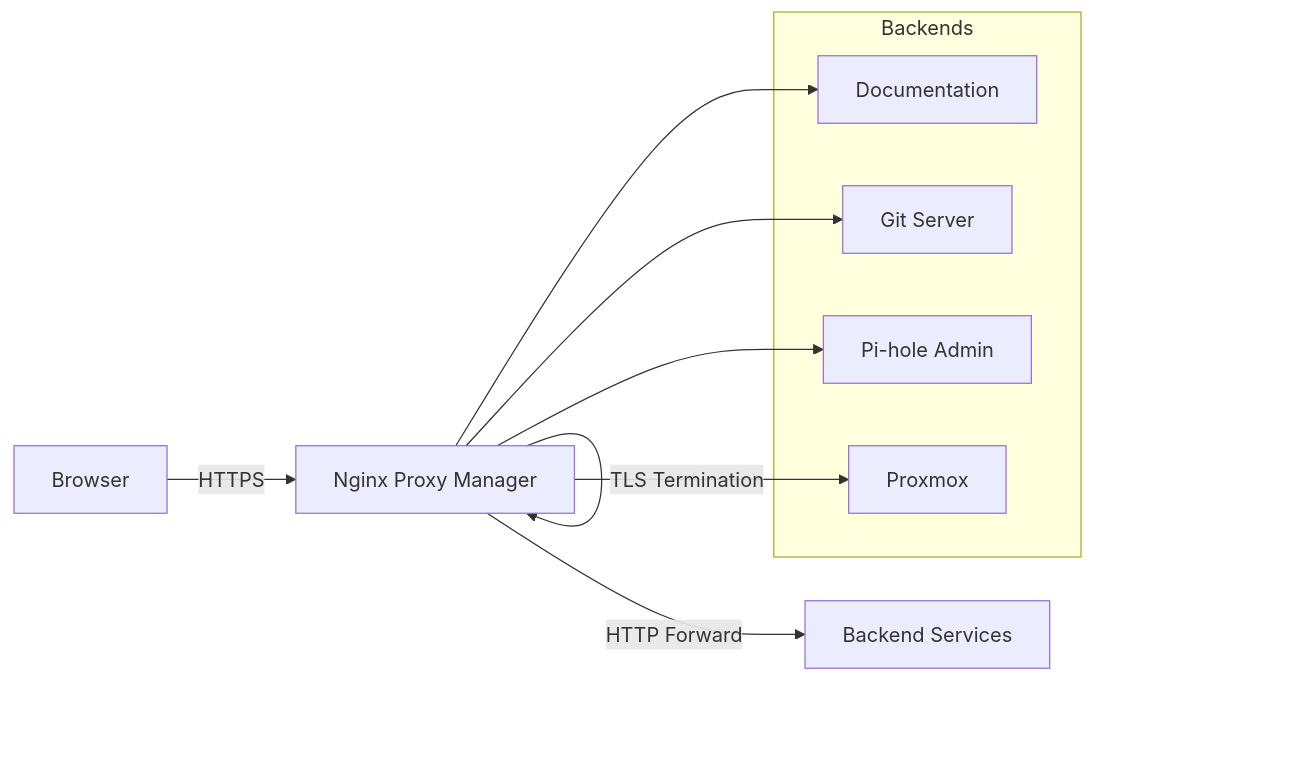
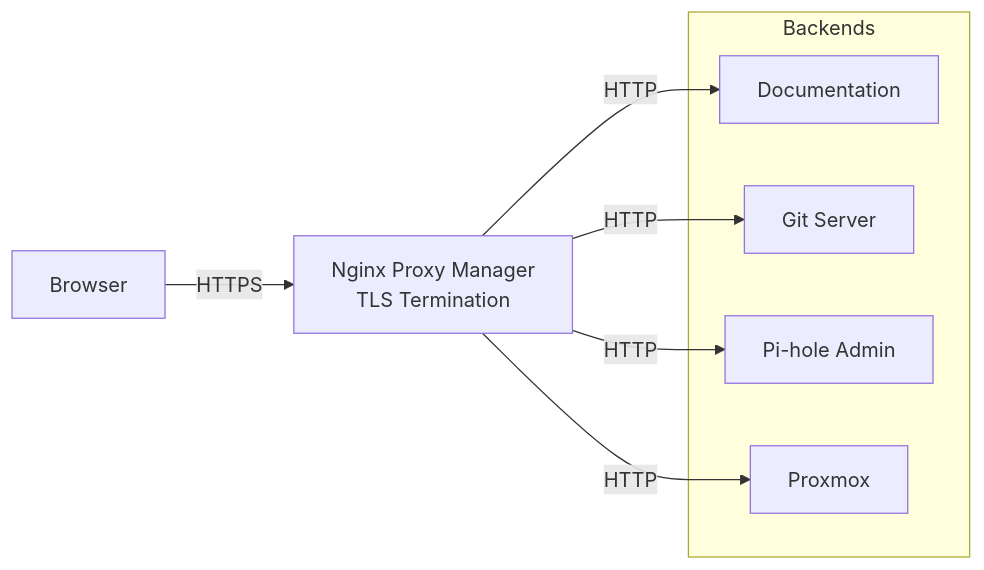
One commit to mariotorrestech/mariotorrestech.github.io changed the diagram in docs/homelab/npm.md. Above: the diagram before and after it, drawn with Mermaid. The commit also changed 2 other files, not shown here.

Commit message:
Fix diagram logic and clean up redundancies across homelab   docs

````diff
--- a/docs/homelab/npm.md
+++ b/docs/homelab/npm.md
@@ -19,18 +19,16 @@
 ```mermaid
 graph LR
-    BROWSER[Browser] -->|HTTPS| NPM[Nginx Proxy Manager]
-    NPM -->|TLS Termination| NPM
-    NPM -->|HTTP Forward| BACKEND[Backend Services]
+    BROWSER[Browser] -->|HTTPS| NPM[Nginx Proxy Manager<br/>TLS Termination]
 
     subgraph Backends
         DOCS[Documentation]
         GIT[Git Server]
         DNS[Pi-hole Admin]
         HYPERVISOR[Proxmox]
     end
 
-    NPM --> DOCS
-    NPM --> GIT
-    NPM --> DNS
-    NPM --> HYPERVISOR
+    NPM -->|HTTP| DOCS
+    NPM -->|HTTP| GIT
+    NPM -->|HTTP| DNS
+    NPM -->|HTTP| HYPERVISOR
 ```
````
